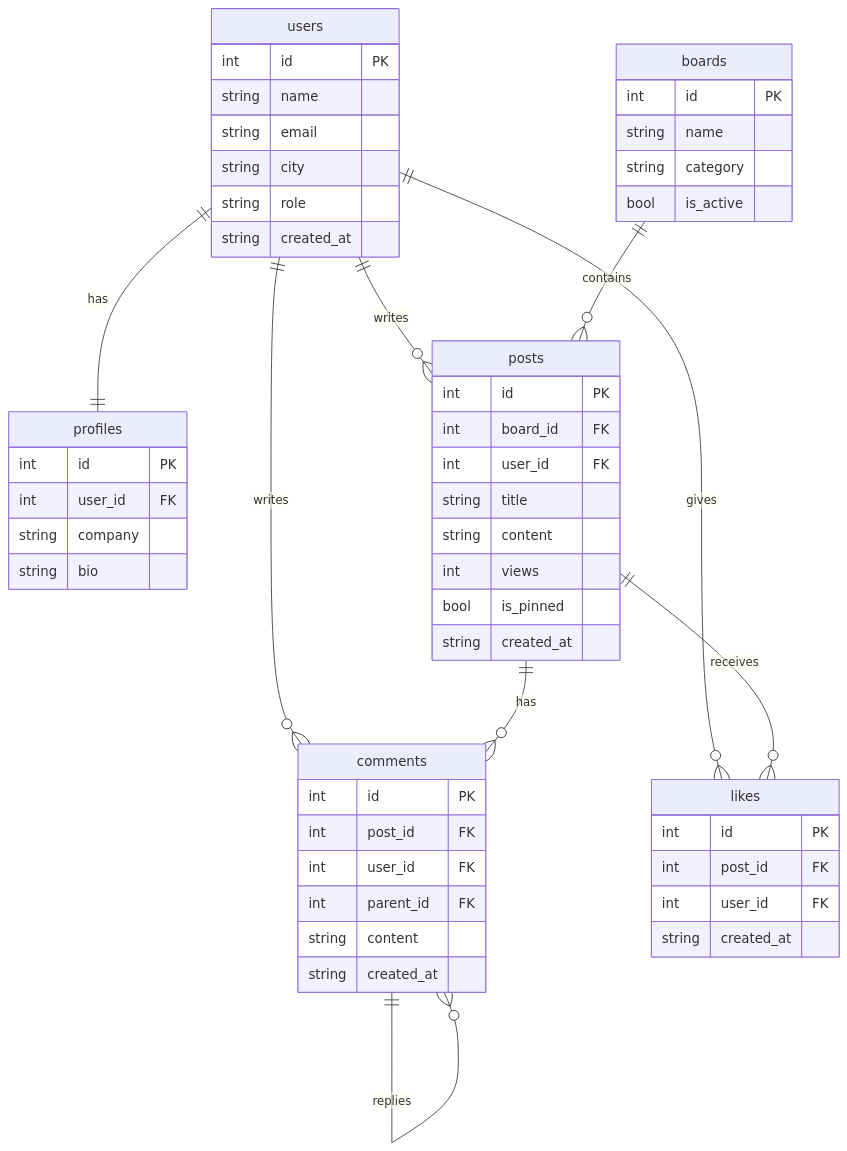
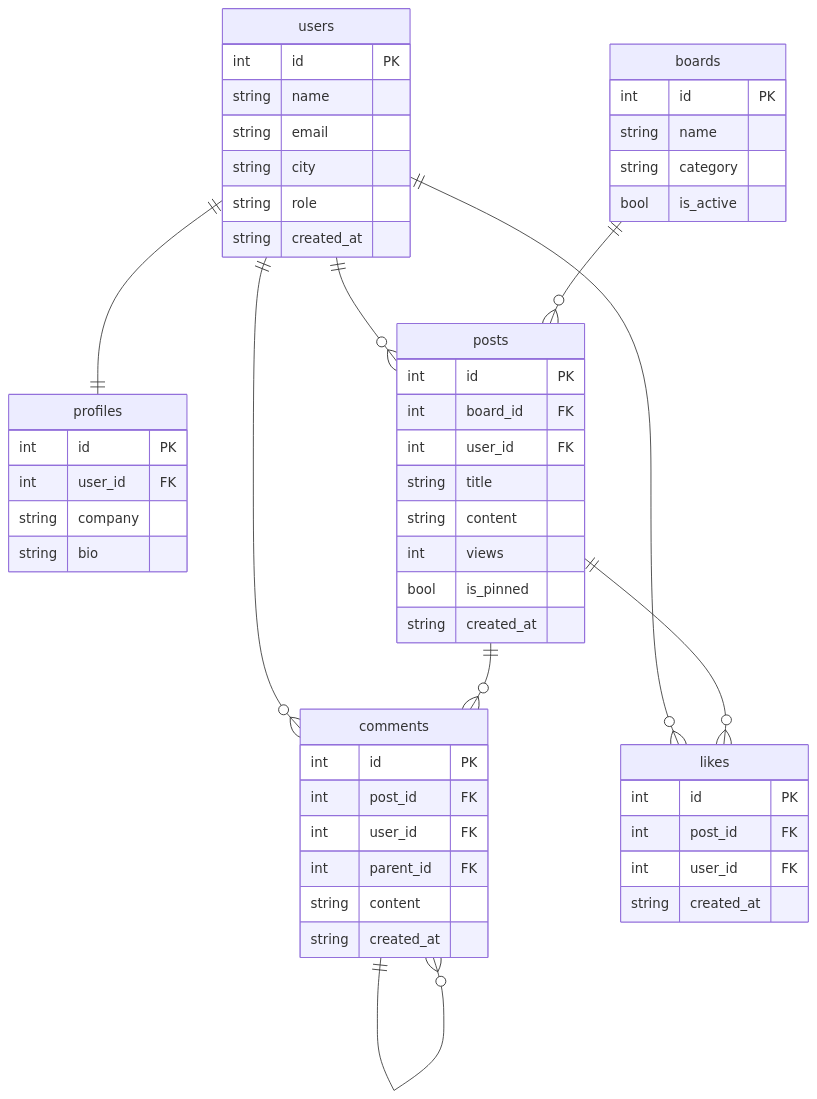
The diagram in towercrane-for-uiux-server/src/sql-practice/seeds/01_board_basic.mmd (dota-pilot1/towercrane-for-uiux), drawn with Mermaid before and after one commit. The commit also changed 11 other files, not shown here.

Commit message:
style: ERD 관계선 레이블 제거 — 까마귀발 표기법으로 충분

```diff
--- a/towercrane-for-uiux-server/src/sql-practice/seeds/01_board_basic.mmd
+++ b/towercrane-for-uiux-server/src/sql-practice/seeds/01_board_basic.mmd
@@ -1,54 +1,54 @@
 erDiagram
-    users ||--|| profiles : "has"
-    users ||--o{ posts : "writes"
-    users ||--o{ comments : "writes"
-    users ||--o{ likes : "gives"
-    boards ||--o{ posts : "contains"
-    posts ||--o{ comments : "has"
-    posts ||--o{ likes : "receives"
-    comments ||--o{ comments : "replies"
+    users ||--|| profiles : ""
+    users ||--o{ posts : ""
+    users ||--o{ comments : ""
+    users ||--o{ likes : ""
+    boards ||--o{ posts : ""
+    posts ||--o{ comments : ""
+    posts ||--o{ likes : ""
+    comments ||--o{ comments : ""
 
     users {
         int id PK
         string name
         string email
         string city
         string role
         string created_at
     }
     profiles {
         int id PK
         int user_id FK
         string company
         string bio
     }
     boards {
         int id PK
         string name
         string category
         bool is_active
     }
     posts {
         int id PK
         int board_id FK
         int user_id FK
         string title
         string content
         int views
         bool is_pinned
         string created_at
     }
     comments {
         int id PK
         int post_id FK
         int user_id FK
         int parent_id FK
         string content
         string created_at
     }
     likes {
         int id PK
         int post_id FK
         int user_id FK
         string created_at
     }
```
